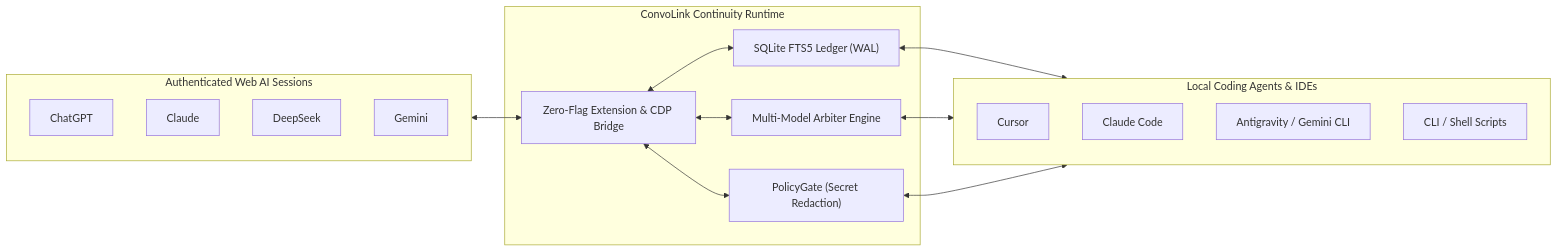
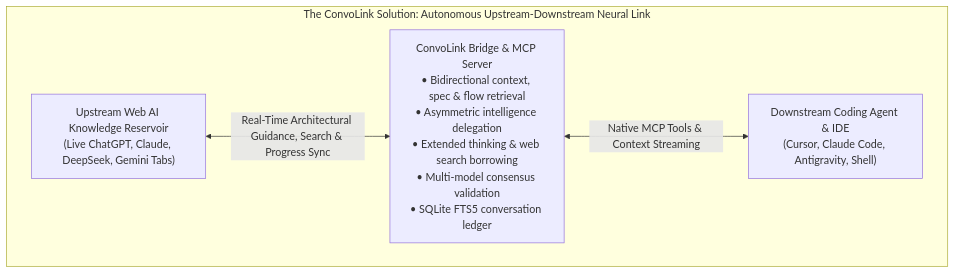
Before and after one commit to 0xTanzim/convolink: the second of 2 diagrams in README.md, drawn with Mermaid. The commit also changed other lines of this file and 7 other files, not shown here.

Commit message:
docs: restore architectural narrative in README, enable Mermaid plugin, and expand documentation site

````diff
--- a/README.md
+++ b/README.md
@@ -27,27 +66,10 @@
 ```mermaid
-flowchart LR
-    subgraph Upstream ["Authenticated Web AI Sessions"]
-        ChatGPT["ChatGPT"]
-        Claude["Claude"]
-        DeepSeek["DeepSeek"]
-        Gemini["Gemini"]
+flowchart TD
+    subgraph Solution ["The ConvoLink Solution: Autonomous Upstream-Downstream Neural Link"]
+        UpstreamSession["Upstream Web AI Knowledge Reservoir<br/>(Live ChatGPT, Claude, DeepSeek, Gemini Tabs)"]
+        ConvoLink["ConvoLink Bridge & MCP Server<br/>• Bidirectional context, spec & flow retrieval<br/>• Asymmetric intelligence delegation<br/>• Extended thinking & web search borrowing<br/>• Multi-model consensus validation<br/>• SQLite FTS5 conversation ledger"]
+        LocalIDEAgent["Downstream Coding Agent & IDE<br/>(Cursor, Claude Code, Antigravity, Shell)"]
+
+        UpstreamSession <-->|"Real-Time Architectural Guidance, Search & Progress Sync"| ConvoLink <-->|"Native MCP Tools & Context Streaming"| LocalIDEAgent
     end
-
-    subgraph ConvoLinkRuntime ["ConvoLink Continuity Runtime"]
-        Bridge["Zero-Flag Extension & CDP Bridge"]
-        Ledger["SQLite FTS5 Ledger (WAL)"]
-        Arbiter["Multi-Model Arbiter Engine"]
-        Safety["PolicyGate (Secret Redaction)"]
-    end
-
-    subgraph Downstream ["Local Coding Agents & IDEs"]
-        Cursor["Cursor"]
-        ClaudeCode["Claude Code"]
-        Antigravity["Antigravity / Gemini CLI"]
-        Terminal["CLI / Shell Scripts"]
-    end
-
-    Upstream <--> Bridge
-    Bridge <--> Ledger & Arbiter & Safety
-    Ledger & Arbiter & Safety <--> Downstream
 ```
````
